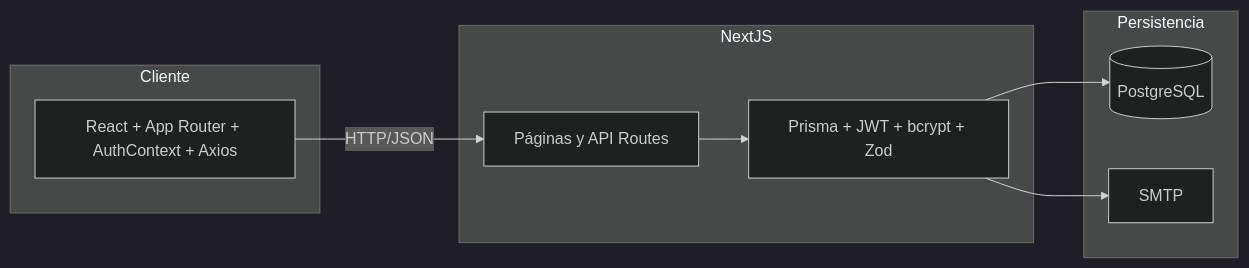
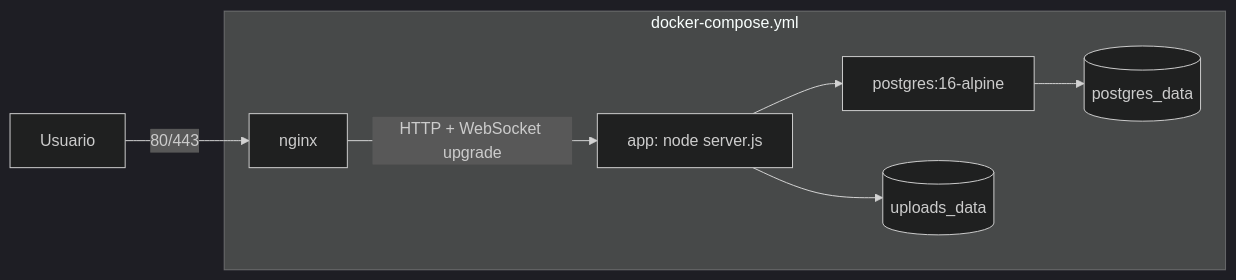
The second of 2 diagrams in docs/DIAGRAMA_ARQUITECTURA.md (marioscorner/TAEKWONDO_MGG), drawn with Mermaid (dark theme) before and after one commit. The commit also changed other lines of this file and 10 other files, not shown here.

Commit message:
docs: update architecture and local setup

````diff
--- a/docs/DIAGRAMA_ARQUITECTURA.md
+++ b/docs/DIAGRAMA_ARQUITECTURA.md
@@ -75,21 +68,16 @@
 ```mermaid
 flowchart LR
-    subgraph Cliente
-        A[React + App Router + AuthContext + Axios]
+    subgraph DOCKER["docker-compose.yml"]
+        NGINX[nginx]
+        APP[app: node server.js]
+        POSTGRES[postgres:16-alpine]
+        UPLOADS[(uploads_data)]
+        PGDATA[(postgres_data)]
     end
 
-    subgraph NextJS
-        B[Páginas y API Routes]
-        C[Prisma + JWT + bcrypt + Zod]
-    end
-
-    subgraph Persistencia
-        D[(PostgreSQL)]
-        E[SMTP]
-    end
-
-    A -->|HTTP/JSON| B
-    B --> C
-    C --> D
-    C --> E
+    USER[Usuario] -->|80/443| NGINX
+    NGINX -->|HTTP + WebSocket upgrade| APP
+    APP --> POSTGRES
+    APP --> UPLOADS
+    POSTGRES --> PGDATA
 ```
````
